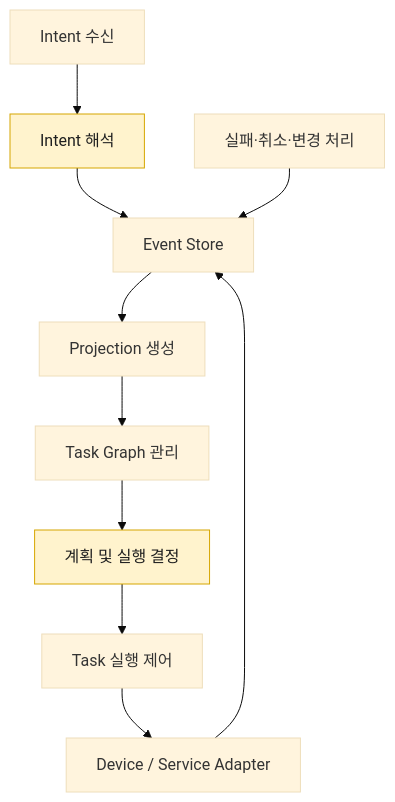
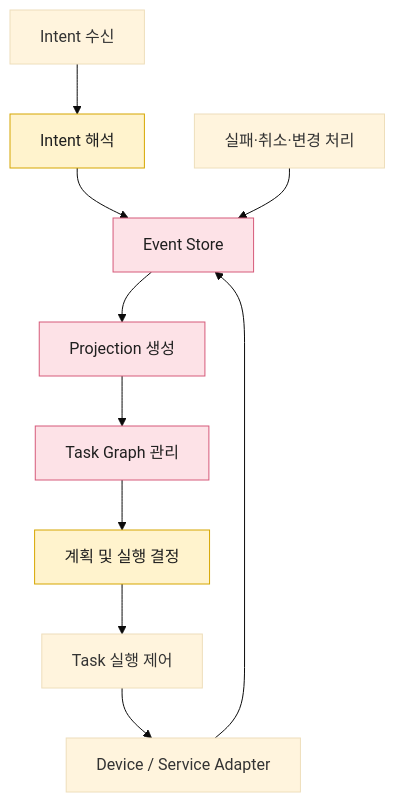
One commit to Sunwoo-Nam/architect-teamproject changed the third of 4 diagrams in docs/DP 후보안/DP11-Intent 실행 흐름의 상태 모델링 및 변경·복구 범위 관리 방식.md. Above: the diagram before and after it, drawn with Mermaid (base theme). The commit also changed other lines of this file and 1 other file, not shown here.

````diff
--- a/docs/DP 후보안/DP11-Intent 실행 흐름의 상태 모델링 및 변경·복구 범위 관리 방식.md
+++ b/docs/DP 후보안/DP11-Intent 실행 흐름의 상태 모델링 및 변경·복구 범위 관리 방식.md
@@ -89,17 +87,19 @@
 ```mermaid
 flowchart TB
     classDef llm fill:#fff3cd,stroke:#d6a600,color:#1f1f1f
+    classDef state fill:#fde2e7,stroke:#d65a7a,color:#1f1f1f
 
     A["Intent 수신"] --> X["Intent 해석"]
     X --> B["Event Store"]
     B --> C["Projection 생성"]
     C --> D["Task Graph 관리"]
     D --> F["계획 및 실행 결정"]
     F --> G["Task 실행 제어"]
     G --> H["Device / Service Adapter"]
     H --> B
 
     I["실패·취소·변경 처리"] --> B
 
     class X,F llm
+    class B,C,D state
 ```
````
